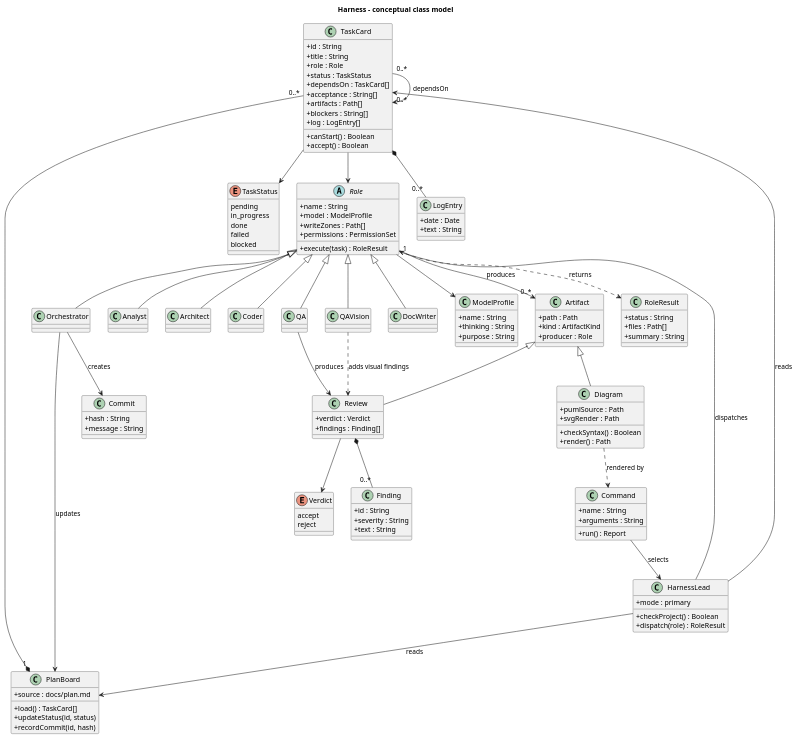
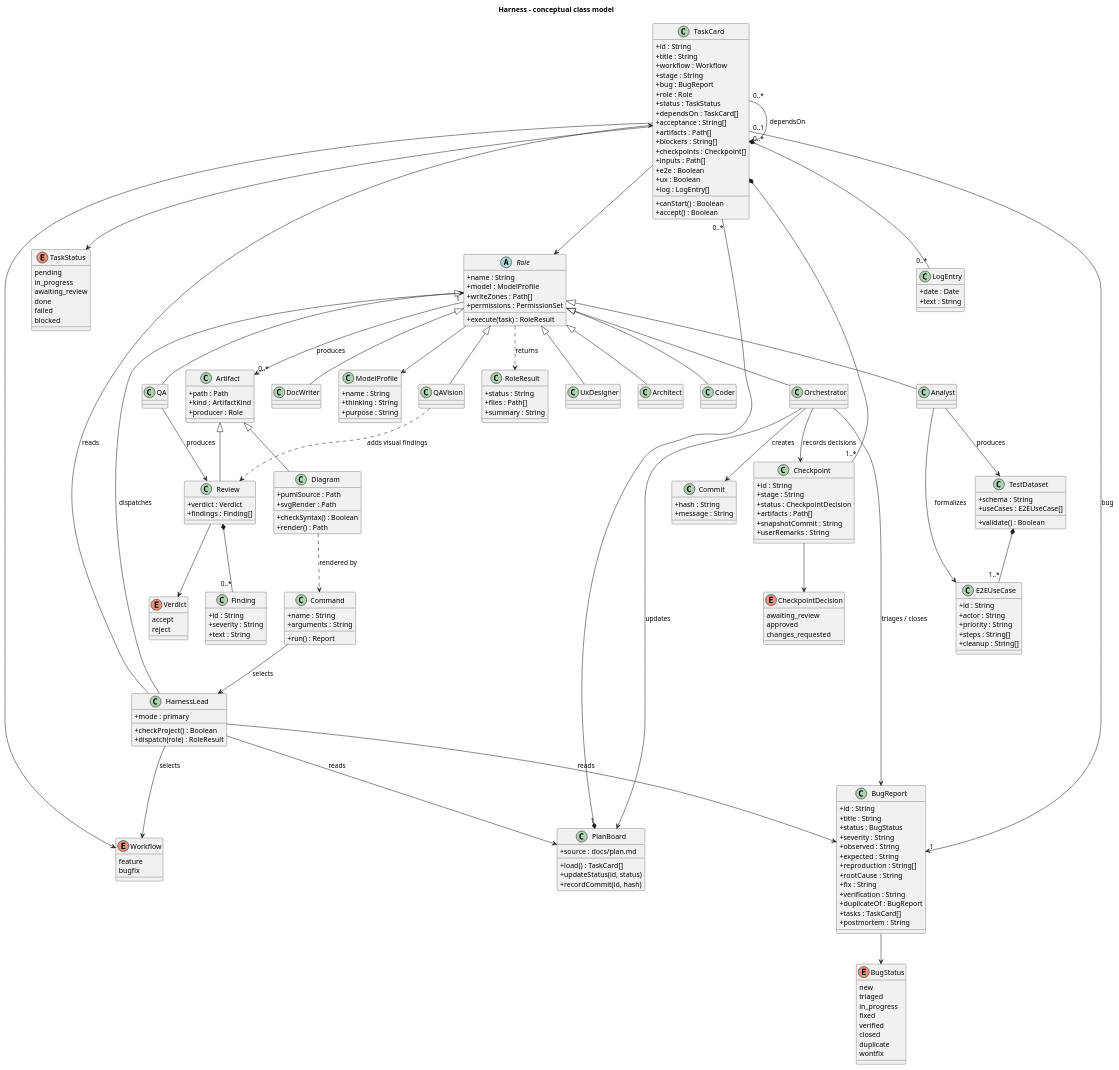
Before and after one commit to serge-sasov/harness: the diagram in docs/description/diagrams/class-harness.puml, drawn with PlantUML. The commit also changed 94 other files, not shown here.

First line of the commit message:
chore: harness 2.2.0 - feature and bugfix workflows

```diff
--- a/docs/description/diagrams/class-harness.puml
+++ b/docs/description/diagrams/class-harness.puml
@@ -6,9 +6,26 @@
 enum TaskStatus {
   pending
   in_progress
+  awaiting_review
   done
   failed
   blocked
+}
+
+enum Workflow {
+  feature
+  bugfix
+}
+
+enum BugStatus {
+  new
+  triaged
+  in_progress
+  fixed
+  verified
+  closed
+  duplicate
+  wontfix
 }
 
 enum Verdict {
@@ -26,15 +43,38 @@
 class TaskCard {
   +id : String
   +title : String
+  +workflow : Workflow
+  +stage : String
+  +bug : BugReport
   +role : Role
   +status : TaskStatus
   +dependsOn : TaskCard[]
   +acceptance : String[]
   +artifacts : Path[]
   +blockers : String[]
+  +checkpoints : Checkpoint[]
+  +inputs : Path[]
+  +e2e : Boolean
+  +ux : Boolean
   +log : LogEntry[]
   +canStart() : Boolean
   +accept() : Boolean
+}
+
+class BugReport {
+  +id : String
+  +title : String
+  +status : BugStatus
+  +severity : String
+  +observed : String
+  +expected : String
+  +reproduction : String[]
+  +rootCause : String
+  +fix : String
+  +verification : String
+  +duplicateOf : BugReport
+  +tasks : TaskCard[]
+  +postmortem : String
 }
 
 abstract class Role {
@@ -45,8 +85,38 @@
   +execute(task) : RoleResult
 }
 
+enum CheckpointDecision {
+  awaiting_review
+  approved
+  changes_requested
+}
+
+class Checkpoint {
+  +id : String
+  +stage : String
+  +status : CheckpointDecision
+  +artifacts : Path[]
+  +snapshotCommit : String
+  +userRemarks : String
+}
+
+class E2EUseCase {
+  +id : String
+  +actor : String
+  +priority : String
+  +steps : String[]
+  +cleanup : String[]
+}
+
+class TestDataset {
+  +schema : String
+  +useCases : E2EUseCase[]
+  +validate() : Boolean
+}
+
 class Orchestrator
 class Analyst
+class UxDesigner
 class Architect
 class Coder
 class QA
@@ -113,6 +183,7 @@
 
 Role <|-- Orchestrator
 Role <|-- Analyst
+Role <|-- UxDesigner
 Role <|-- Architect
 Role <|-- Coder
 Role <|-- QA
@@ -120,10 +191,18 @@
 Role <|-- DocWriter
 Role --> ModelProfile
 Role ..> RoleResult : returns
+TaskCard --> Workflow
 TaskCard --> Role
 TaskCard --> TaskStatus
 TaskCard "0..*" --> "0..*" TaskCard : dependsOn
 TaskCard *-- "0..*" LogEntry
+TaskCard *-- "1..*" Checkpoint
+BugReport --> BugStatus
+TaskCard "0..1" --> "1" BugReport : bug
+Checkpoint --> CheckpointDecision
+Analyst --> E2EUseCase : formalizes
+Analyst --> TestDataset : produces
+TestDataset *-- "1..*" E2EUseCase
 PlanBoard "1" *-- "0..*" TaskCard
 Role "1" --> "0..*" Artifact : produces
 Artifact <|-- Diagram
@@ -131,11 +210,15 @@
 Review --> Verdict
 Review *-- "0..*" Finding
 Orchestrator --> PlanBoard : updates
+Orchestrator --> BugReport : triages / closes
+Orchestrator --> Checkpoint : records decisions
 Orchestrator --> Commit : creates
 Command --> HarnessLead : selects
+HarnessLead --> Workflow : selects
 HarnessLead --> Role : dispatches
 HarnessLead --> PlanBoard : reads
 HarnessLead --> TaskCard : reads
+HarnessLead --> BugReport : reads
 QA --> Review : produces
 QAVision ..> Review : adds visual findings
 Diagram ..> Command : rendered by
```
